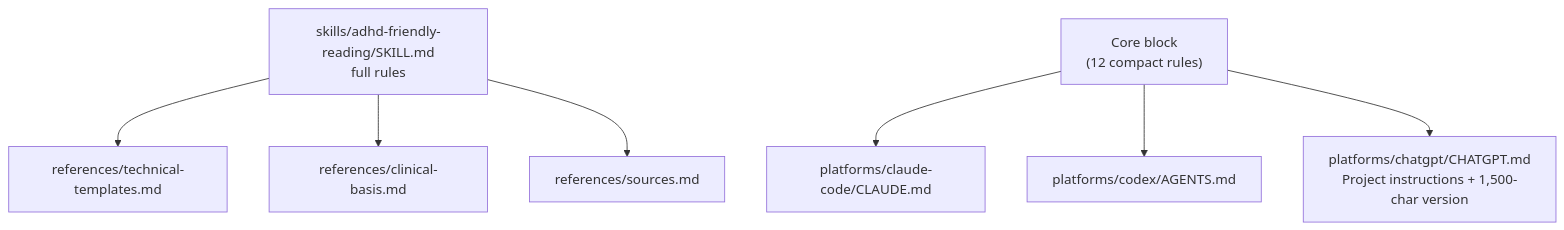
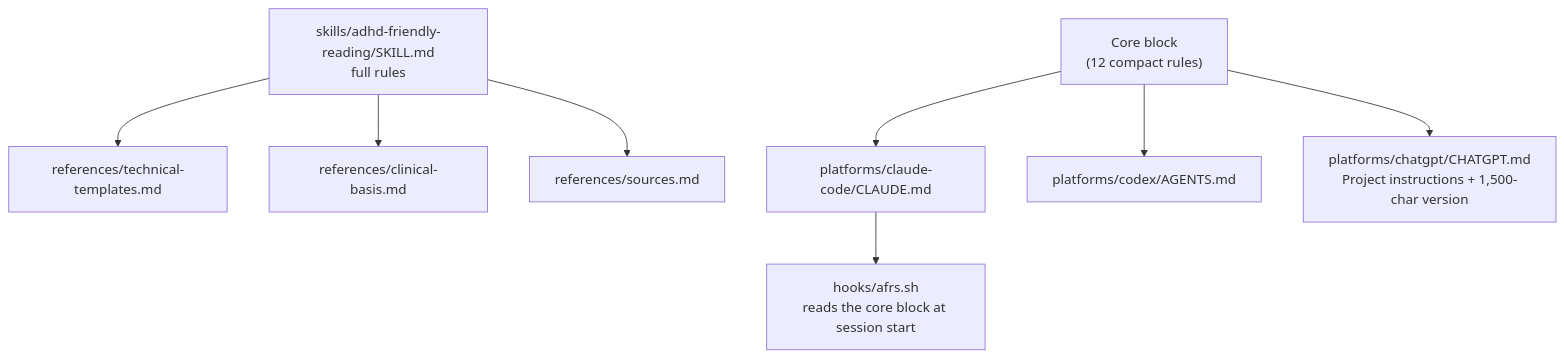
Before and after one commit to rikatz/adhd-friendly-reading-skill: the diagram in docs/COMPATIBILITY.md, drawn with Mermaid. The commit also changed other lines of this file and 11 other files, not shown here.

````diff
--- a/docs/COMPATIBILITY.md
+++ b/docs/COMPATIBILITY.md
@@ -36,9 +41,10 @@
 ```mermaid
 flowchart TD
     S["skills/adhd-friendly-reading/SKILL.md<br/>full rules"] --> R1["references/technical-templates.md"]
     S --> R2["references/clinical-basis.md"]
     S --> R3["references/sources.md"]
     C["Core block<br/>(12 compact rules)"] --> CL["platforms/claude-code/CLAUDE.md"]
     C --> AG["platforms/codex/AGENTS.md"]
     C --> CG["platforms/chatgpt/CHATGPT.md<br/>Project instructions + 1,500-char version"]
+    CL --> H["hooks/afrs.sh<br/>reads the core block at session start"]
 ```
````
